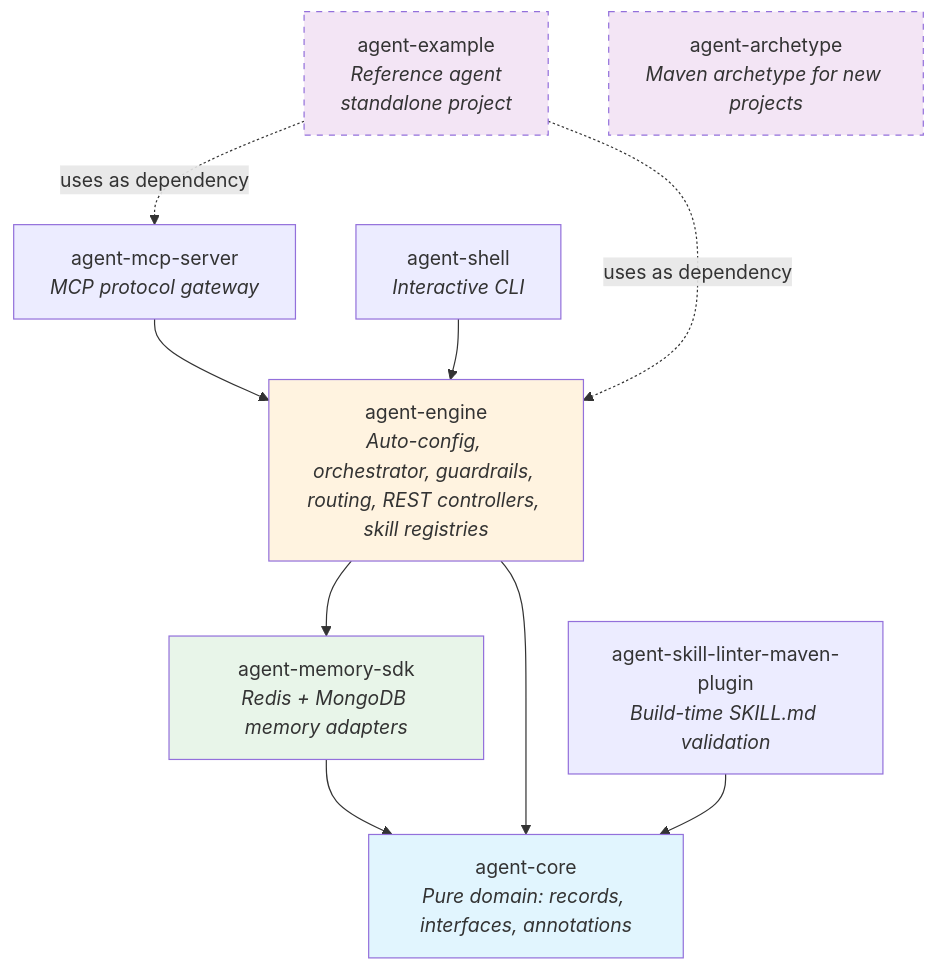
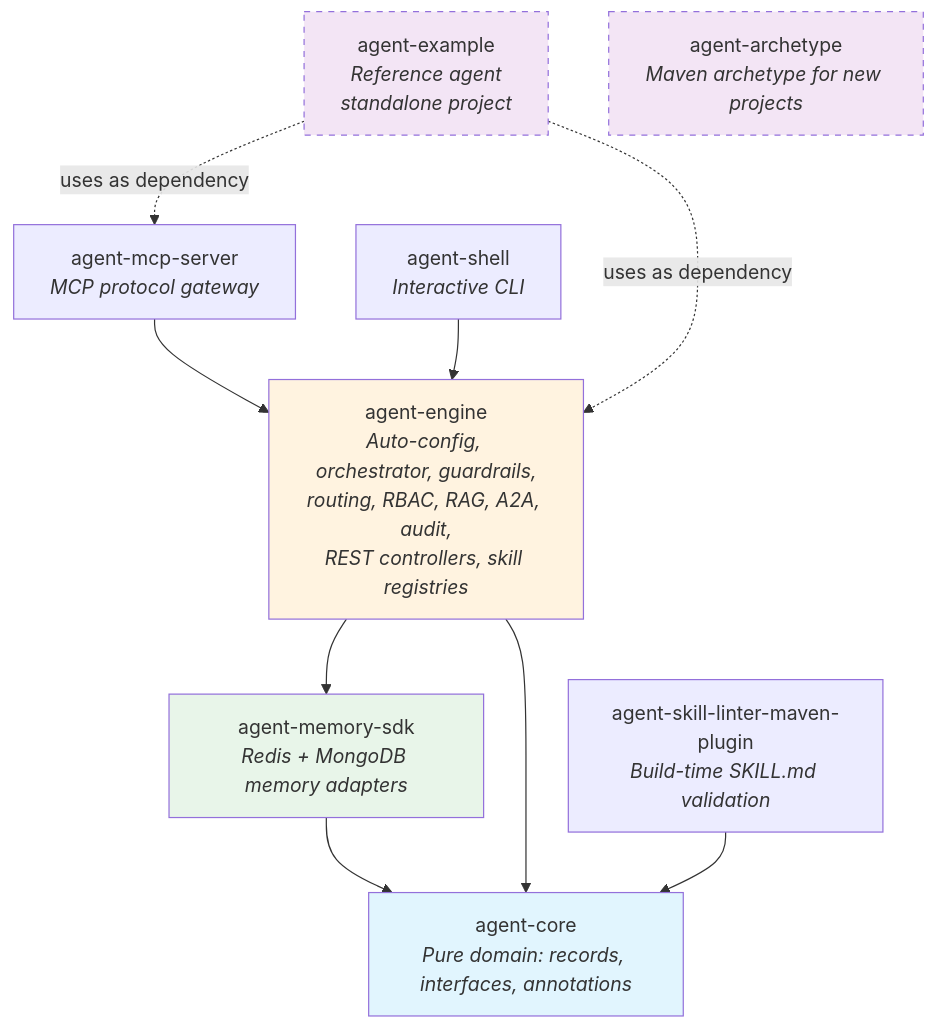
The eighth of 9 diagrams in docs/architecture-diagrams.md (GiskardB/gargantua), drawn with Mermaid before and after one commit. The commit also changed other lines of this file and 2 other files, not shown here.

````diff
--- a/docs/architecture-diagrams.md
+++ b/docs/architecture-diagrams.md
@@ -312,34 +312,34 @@
 ```mermaid
 graph TD
     CORE[agent-core<br/><i>Pure domain: records, interfaces, annotations</i>]
 
     MEMORY[agent-memory-sdk<br/><i>Redis + MongoDB memory adapters</i>]
 
-    ENGINE[agent-engine<br/><i>Auto-config, orchestrator, guardrails, routing, REST controllers, skill registries</i>]
+    ENGINE[agent-engine<br/><i>Auto-config, orchestrator, guardrails,<br/>routing, RBAC, RAG, A2A, audit,<br/>REST controllers, skill registries</i>]
 
     MCP[agent-mcp-server<br/><i>MCP protocol gateway</i>]
 
     EXAMPLE[agent-example<br/><i>Reference agent<br/>standalone project</i>]
 
     SHELL[agent-shell<br/><i>Interactive CLI</i>]
 
     LINTER[agent-skill-linter-maven-plugin<br/><i>Build-time SKILL.md validation</i>]
 
     ARCHETYPE[agent-archetype<br/><i>Maven archetype for new projects</i>]
 
     MEMORY --> CORE
     ENGINE --> CORE
     ENGINE --> MEMORY
     MCP --> ENGINE
     SHELL --> ENGINE
     LINTER --> CORE
 
     EXAMPLE -.->|uses as dependency| ENGINE
     EXAMPLE -.->|uses as dependency| MCP
 
     style CORE fill:#e1f5fe
     style MEMORY fill:#e8f5e9
     style ENGINE fill:#fff3e0
     style EXAMPLE fill:#f3e5f5,stroke-dasharray: 5 5
     style ARCHETYPE fill:#f3e5f5,stroke-dasharray: 5 5
 ```
````
